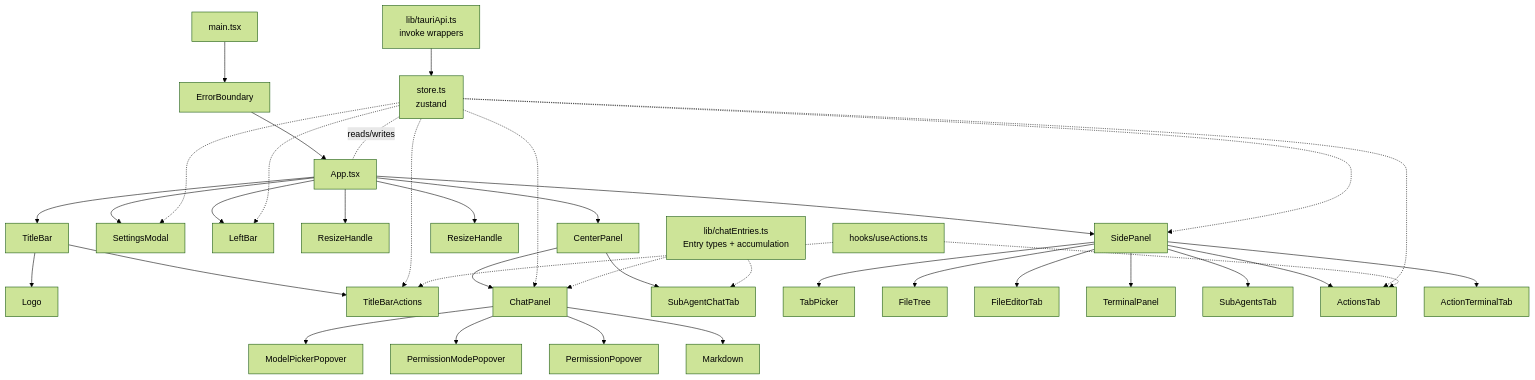
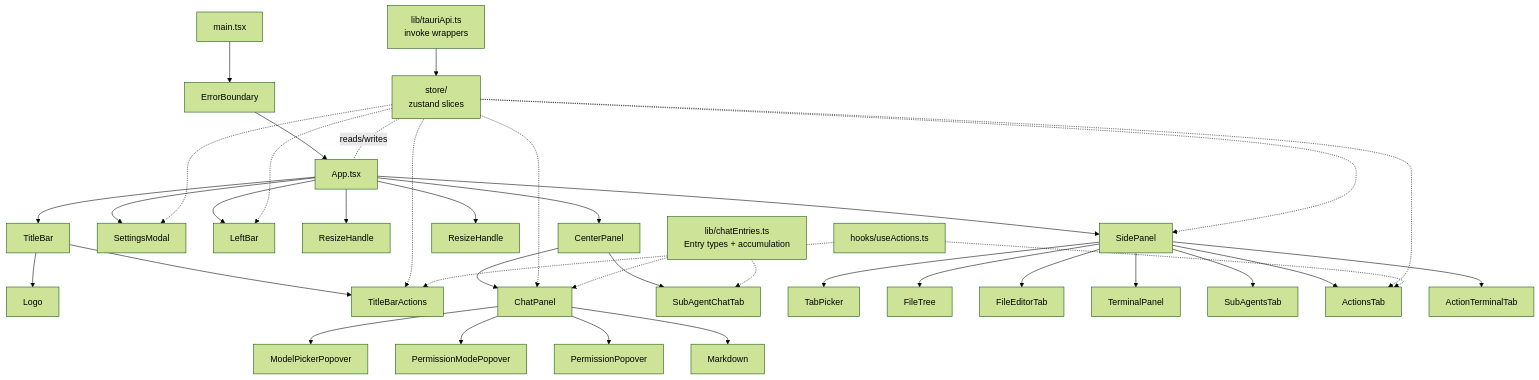
The third of 3 diagrams in ARCHITECTURE.md (patheticGeek/ai-leash), drawn with Mermaid (forest theme) before and after one commit. The commit also changed other lines of this file and 8 other files, not shown here.

First line of the commit message:
Split src/store.ts into zustand slices (phase 6 of PLAN.md)

````diff
--- a/ARCHITECTURE.md
+++ b/ARCHITECTURE.md
@@ -95,44 +95,44 @@
 ```mermaid
 graph TD
     main[main.tsx] --> EB[ErrorBoundary]
     EB --> App[App.tsx]
 
     App --> TitleBar
     TitleBar --> Logo
     TitleBar --> TitleBarActions
     App --> SettingsModal
     App --> LeftBar
     App --> ResizeHandle1[ResizeHandle]
     App --> CenterPanel
     App --> ResizeHandle2[ResizeHandle]
     App --> SidePanel
 
     CenterPanel --> ChatPanel
     CenterPanel --> SubAgentChatTab
     ChatPanel --> ModelPickerPopover
     ChatPanel --> PermissionModePopover
     ChatPanel --> PermissionPopover
     ChatPanel --> Markdown
 
     SidePanel --> TabPicker
     SidePanel --> FileTree
     SidePanel --> FileEditorTab
     SidePanel --> TerminalPanel
     SidePanel --> SubAgentsTab
     SidePanel --> ActionsTab
     SidePanel --> ActionTerminalTab
 
-    store[store.ts\nzustand] -.reads/writes.- App
+    store[store/\nzustand slices] -.reads/writes.- App
     store -.-> LeftBar
     store -.-> ChatPanel
     store -.-> SidePanel
     store -.-> SettingsModal
     store -.-> ActionsTab
     store -.-> TitleBarActions
 
     tauriApi[lib/tauriApi.ts\ninvoke wrappers] --> store
     chatEntries[lib/chatEntries.ts\nEntry types + accumulation] -.-> ChatPanel
     chatEntries -.-> SubAgentChatTab
     useActions[hooks/useActions.ts] -.-> ActionsTab
     useActions -.-> TitleBarActions
 ```
````
